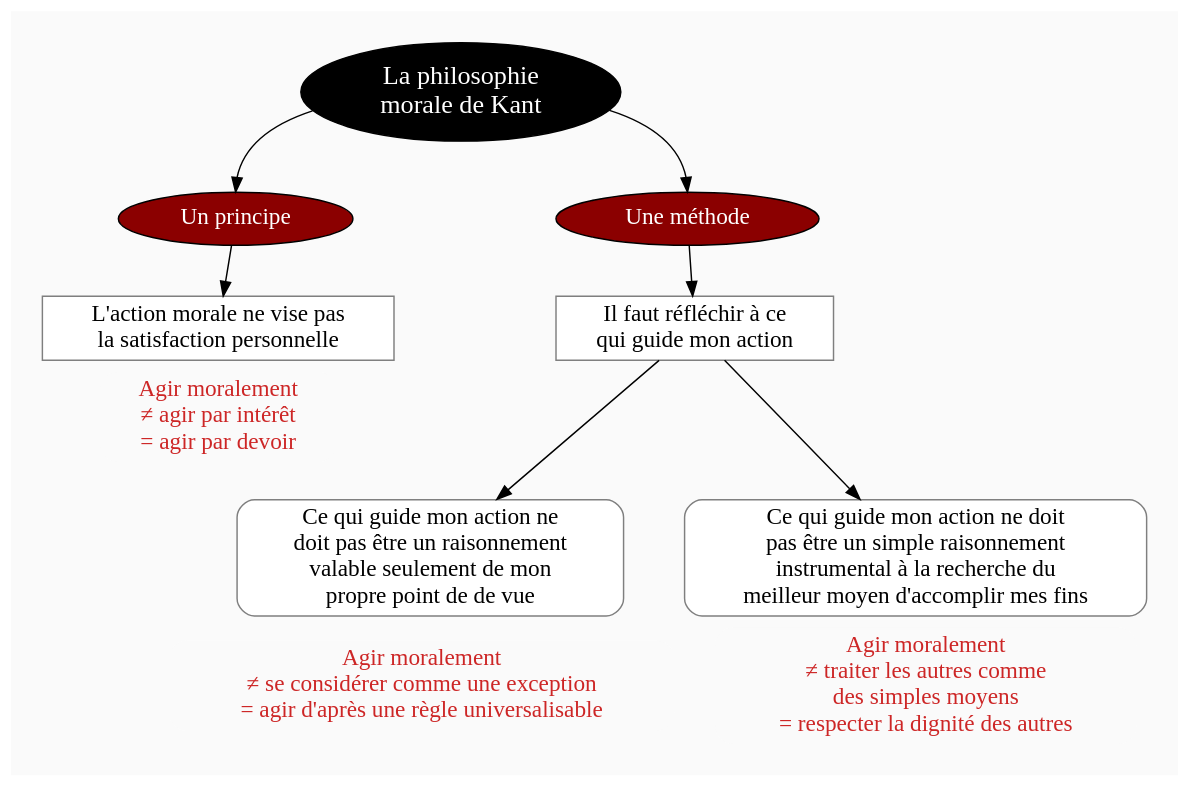
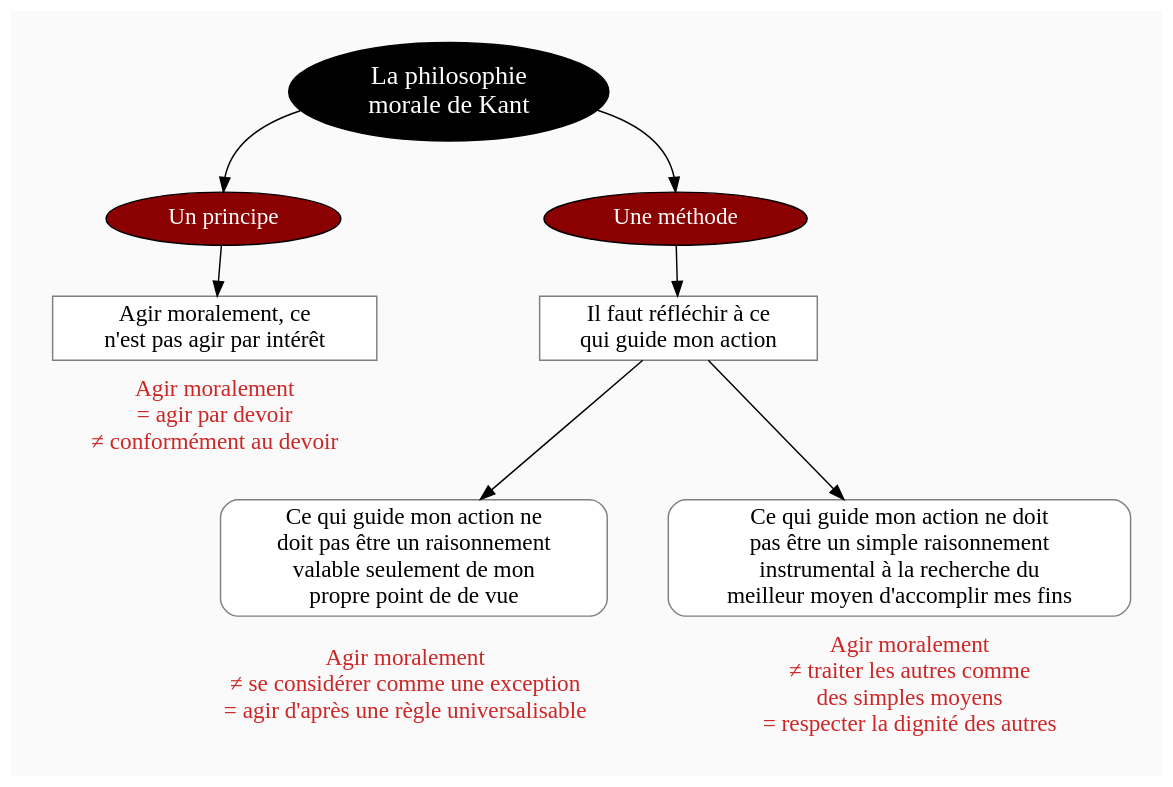
Before and after one commit to eyssette/graphviz-examples: the diagram in diagram/philosophie-morale-de-Kant-2.dot, drawn with Graphviz. The commit also changed 1 other file, not shown here.

```diff
--- a/diagram/philosophie-morale-de-Kant-2.dot
+++ b/diagram/philosophie-morale-de-Kant-2.dot
@@ -1,100 +1,100 @@
 digraph G {
 // Template : diagram
 // Usage : 
 //rankdir=LR
 splines=true
 //splines=curved
 bgcolor=grey98
 pad=0.3
 style=filled
 edge[minlen=4]
 node[style=filled, fontcolor=white]
 ranksep=0.1
 nodesep=0.2
 
 // NIVEAU 1
 node[fillcolor=12, fontsize=18]
 a1[label="La philosophie
 morale de Kant"]
 
 // NIVEAU 2
 node[fillcolor=red4, fontsize=16]
 a1->{
 b1[label="Un principe"]    
 b2[label="Une méthode"]
 }[headport=n]
 
 {rank=same;b1->b2[style=invis,minlen=10]}
 
 node[fontcolor=black]
 // NIVEAU 3 (sans intermédiaire)
 node [shape=box, fillcolor=white, color=grey50]
 // c1[label=""]
 b1->c1
-c1[label="L'action morale ne vise pas
-la satisfaction personnelle"]
+c1[label="Agir moralement, ce
+n'est pas agir par intérêt"]
 b2->c2
 c2[label="Il faut réfléchir à ce
 qui guide mon action"]
 
 
 {rank=same;c1->c2[style=invis,minlen=8]}
 
 // INTERMÉDIAIRE AVANT NIVEAU 3
 node[fillcolor=grey78, shape=oval]
 // [arrowhead=none]
 // bc1[label=""]
 
 // NIVEAU 3 (avec intermédiaire)
 node[fillcolor=white, shape=box, color=grey50]
 // c1[label=""]
 
 // NIVEAU 4
 node[style="filled,rounded", fillcolor=white, shape=box, color=grey50]
 // d1[label=""]
 
 c2->{d1,d2}
 d1[label="Ce qui guide mon action ne
 doit pas être un raisonnement
 valable seulement de mon
 propre point de de vue"]
 d2[label="Ce qui guide mon action ne doit
 pas être un simple raisonnement
 instrumental à la recherche du
 meilleur moyen d'accomplir mes fins"]
 
 
 {rank=same;d1->d2[style=invis,minlen=3]}
 
 // ÉTIQUETTES EN ROUGE
 node[shape=plaintext, fontcolor=firebrick3, fillcolor=grey98]
 // e1[label=< <B>= Titre</B><BR /><BR />Contenu<BR /> >]
 // e1[label=""]
 // ->e1[minlen=1, style=invis]
 
 e1[label="Agir moralement
-≠ agir par intérêt
-= agir par devoir"]
+= agir par devoir
+≠ conformément au devoir"]
 c1->e1[minlen=1, style=invis]
 
 e2[label="Agir moralement
 ≠ se considérer comme une exception
 = agir d'après une règle universalisable"]
 d1->e2[minlen=1, style=invis]
 
 e3[label="Agir moralement
 ≠ traiter les autres comme
 des simples moyens
 = respecter la dignité des autres"]
 d2->e3[minlen=1, style=invis]
 
 {rank=same;e2->e3[style=invis,minlen=2]}
 
 // REMARQUES EN BLEU
 node[color=blue, shape=box, margin=0.07, fontcolor=black, fontsize=12, style="dashed", penwidth=0.6]
 edge[color=blue, arrowhead="none", xlabel="", style="dashed", penwidth=0.6]
 // r1[label=""]
 // {rank=same;->r1}
 // {rank=same;r1->[dir=back]}
 
 }
```
